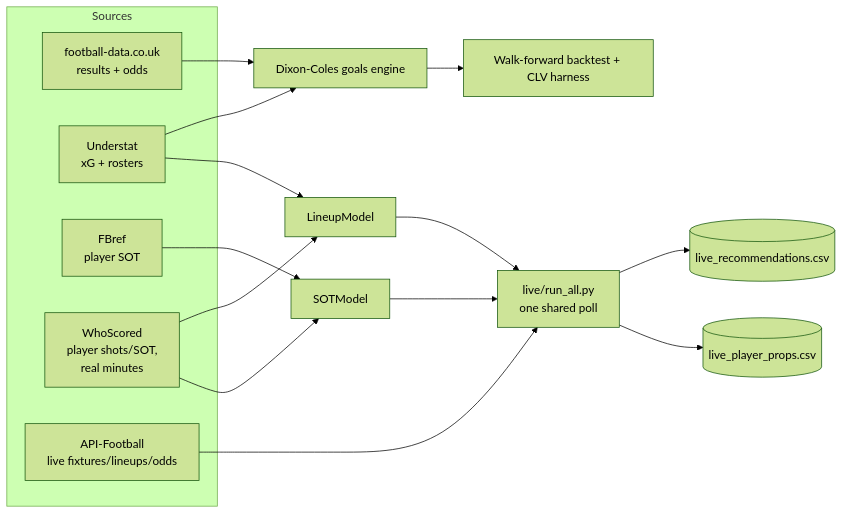
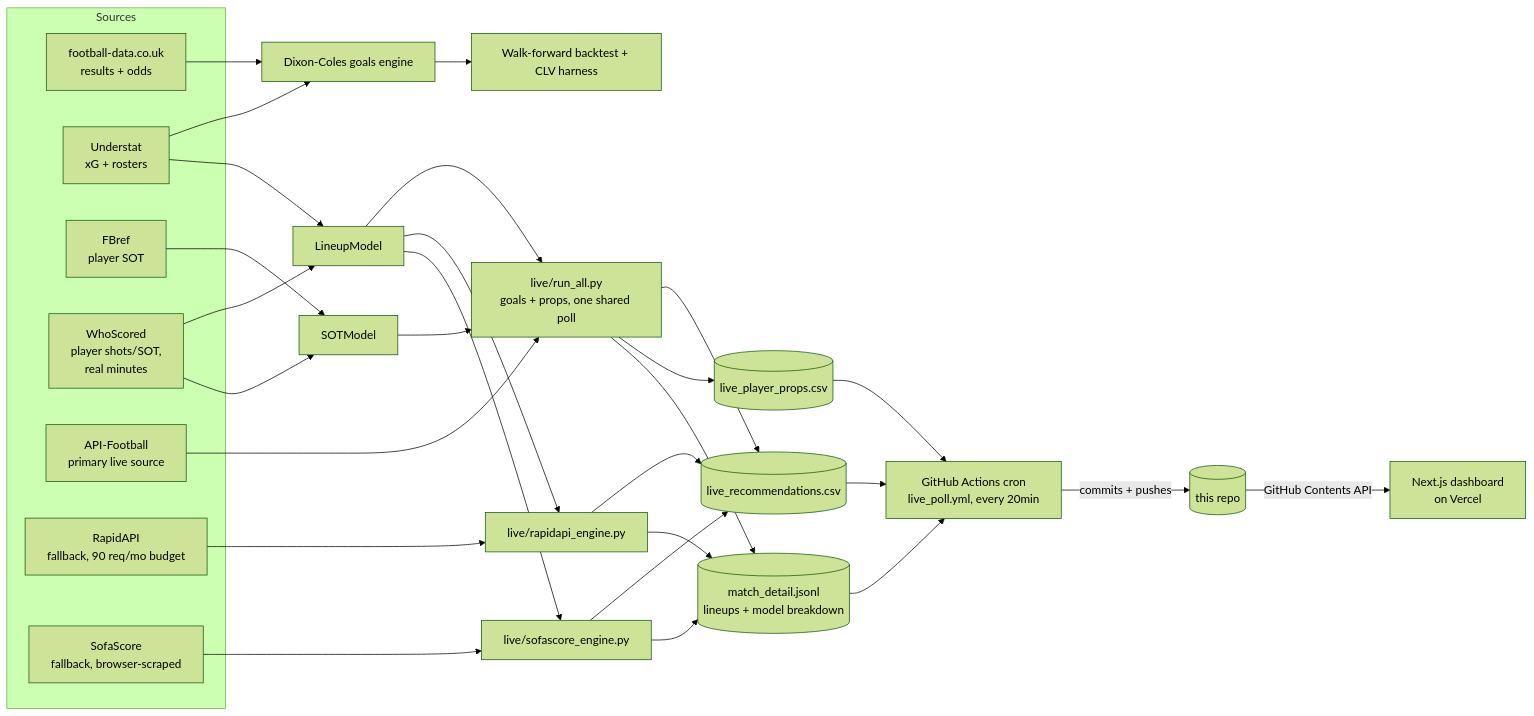
The diagram in README.md (tanamsethi31/footymodel), drawn with Mermaid (forest theme) before and after one commit. The commit also changed other lines of this file, not shown here.

````diff
--- a/README.md
+++ b/README.md
@@ -58,25 +71,43 @@
 ```mermaid
 flowchart LR
     subgraph Sources
         FD[football-data.co.uk<br/>results + odds]
         US[Understat<br/>xG + rosters]
         FB[FBref<br/>player SOT]
         WS[WhoScored<br/>player shots/SOT,<br/>real minutes]
-        AF[API-Football<br/>live fixtures/lineups/odds]
+        AF[API-Football<br/>primary live source]
+        RA2[RapidAPI<br/>fallback, 90 req/mo budget]
+        SS[SofaScore<br/>fallback, browser-scraped]
     end
 
     FD --> DC[Dixon-Coles goals engine]
     US --> DC
     DC --> BT[Walk-forward backtest + CLV harness]
 
     US --> LM[LineupModel]
     WS --> LM
     FB --> SM[SOTModel]
     WS --> SM
 
-    AF --> RA[live/run_all.py<br/>one shared poll]
-    LM --> RA
-    SM --> RA
-    RA --> LOG1[(live_recommendations.csv)]
-    RA --> LOG2[(live_player_props.csv)]
+    AF --> RUN[live/run_all.py<br/>goals + props, one shared poll]
+    RA2 --> RAE[live/rapidapi_engine.py]
+    SS --> SSE[live/sofascore_engine.py]
+    LM --> RUN
+    LM --> RAE
+    LM --> SSE
+    SM --> RUN
+
+    RUN --> LOG1[(live_recommendations.csv)]
+    RUN --> LOG2[(live_player_props.csv)]
+    RAE --> LOG1
+    SSE --> LOG1
+    RUN --> LOG3[(match_detail.jsonl<br/>lineups + model breakdown)]
+    RAE --> LOG3
+    SSE --> LOG3
+
+    LOG1 --> GH[GitHub Actions cron<br/>live_poll.yml, every 20min]
+    LOG2 --> GH
+    LOG3 --> GH
+    GH -- commits + pushes --> REPO[(this repo)]
+    REPO -- GitHub Contents API --> DASH[Next.js dashboard<br/>on Vercel]
 ```
````
